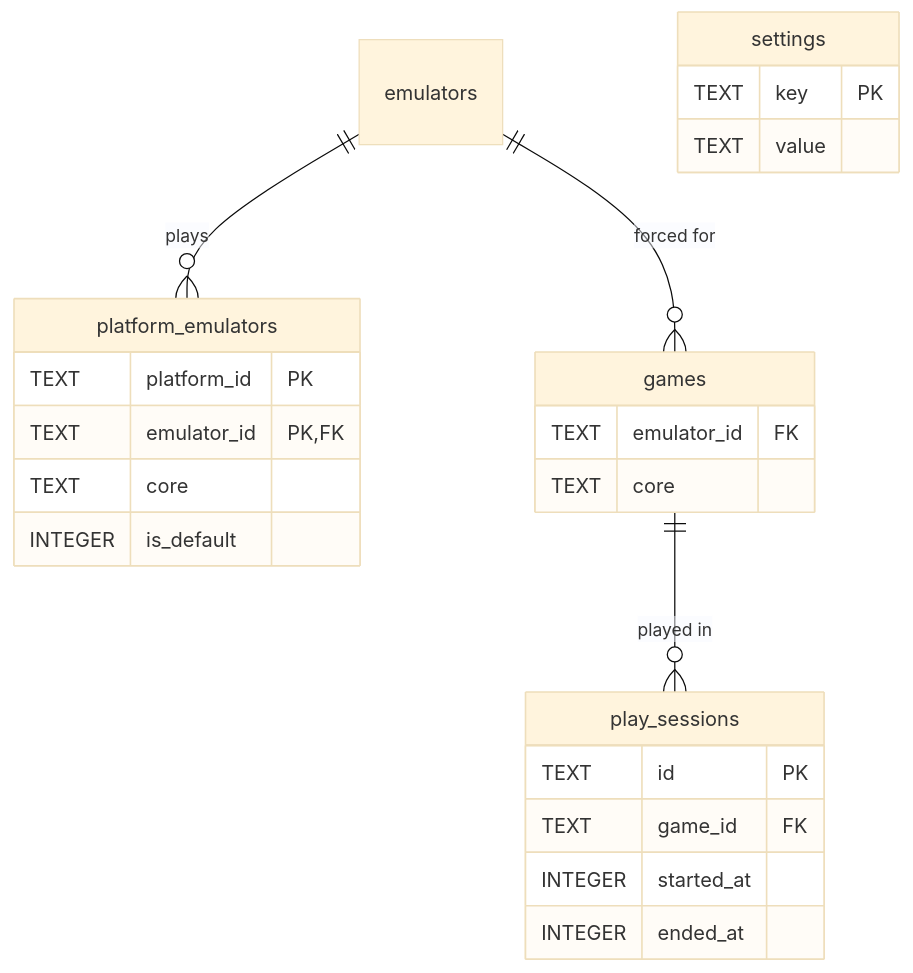
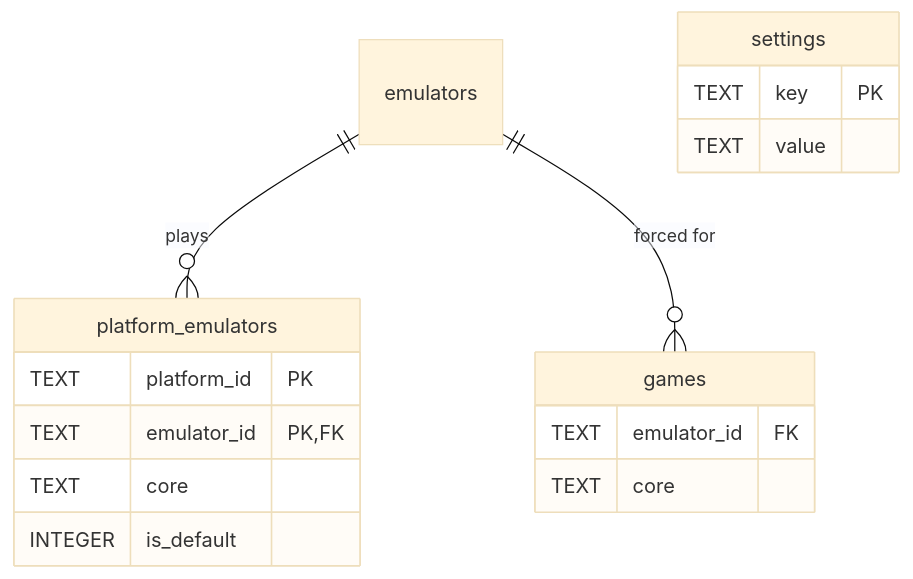
Before and after one commit to alexisiba/ilnamiki: the second of 2 diagrams in DATABASE.md, drawn with Mermaid (base theme). The commit also changed other lines of this file and 27 other files, not shown here.

Commit message:
Record play sessions and continue the last played game on Home

````diff
--- a/DATABASE.md
+++ b/DATABASE.md
@@ -145,27 +177,20 @@
 ```mermaid
 erDiagram
     emulators ||--o{ platform_emulators : "plays"
     emulators ||--o{ games : "forced for"
-    games ||--o{ play_sessions : "played in"
 
     platform_emulators {
         TEXT platform_id PK
         TEXT emulator_id PK, FK
         TEXT core
         INTEGER is_default
     }
     games {
         TEXT emulator_id FK
         TEXT core
     }
-    play_sessions {
-        TEXT id PK
-        TEXT game_id FK
-        INTEGER started_at
-        INTEGER ended_at
-    }
     settings {
         TEXT key PK
         TEXT value
     }
 ```
````
